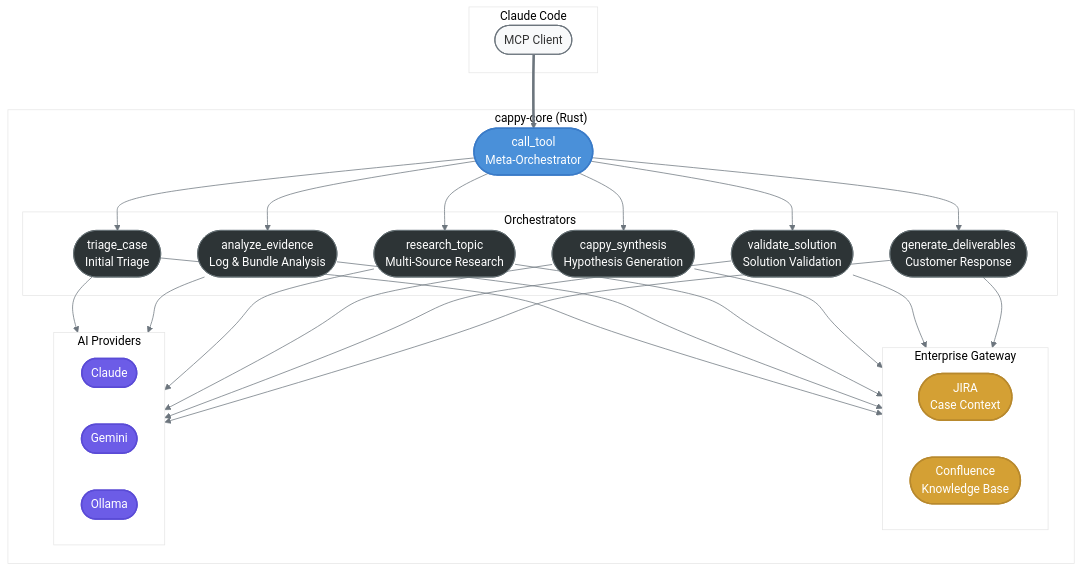
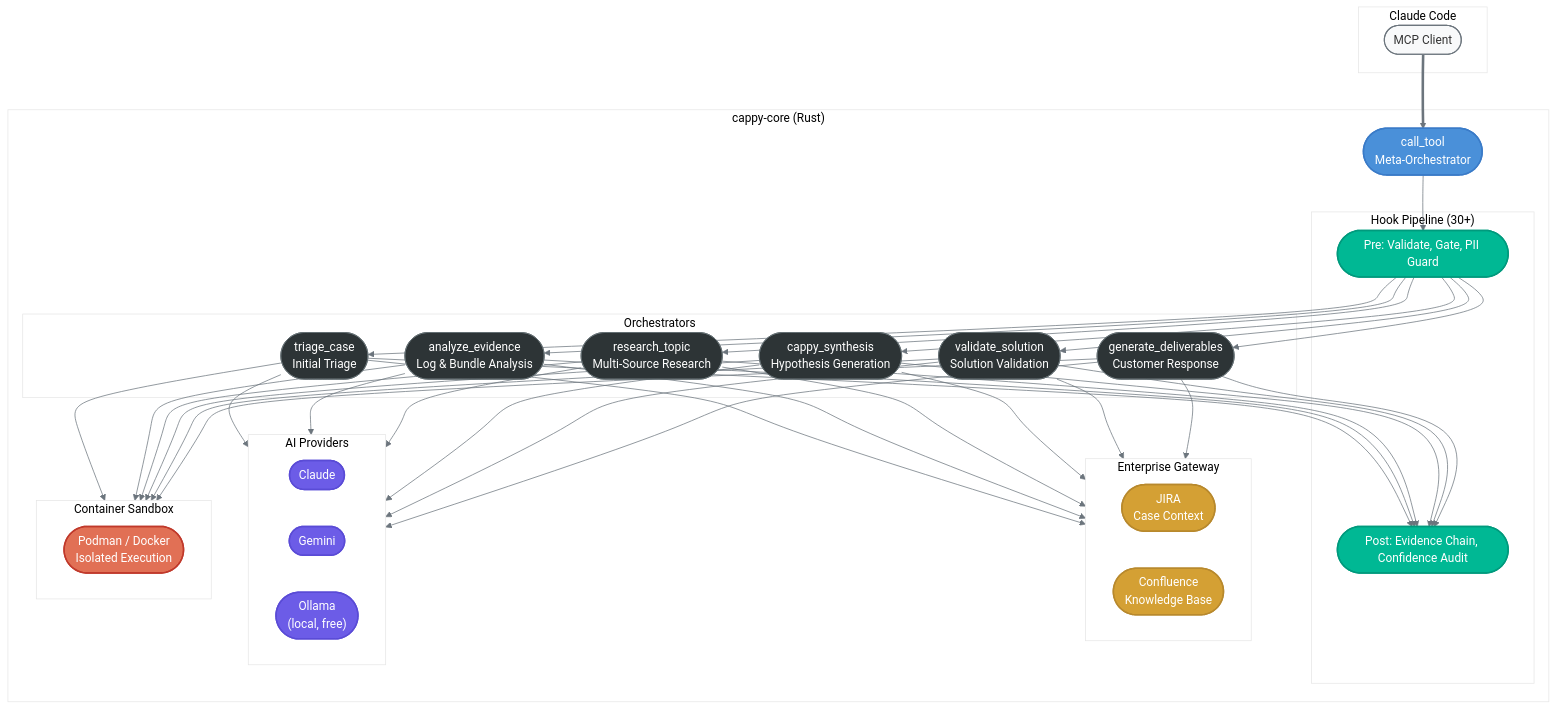
The first of 2 diagrams in README.md (theLightArchitect/CAPPY), drawn with Mermaid before and after one commit. The commit also changed other lines of this file and 57 other files, not shown here.

````diff
--- a/README.md
+++ b/README.md
@@ -21,49 +18,64 @@
 ```mermaid
 %%{init: {'theme': 'base', 'themeVariables': {'primaryColor': '#ffffff', 'lineColor': '#6c757d'}}}%%
 flowchart TD
     subgraph CLIENT ["Claude Code"]
         CC(["MCP Client"])
     end
 
     CC ==> CT
 
     subgraph CORE ["cappy-core (Rust)"]
         CT(["call_tool<br/>Meta-Orchestrator"])
 
         subgraph ORCH ["Orchestrators"]
             T(["triage_case<br/>Initial Triage"])
             A(["analyze_evidence<br/>Log & Bundle Analysis"])
             R(["research_topic<br/>Multi-Source Research"])
             S(["cappy_synthesis<br/>Hypothesis Generation"])
             V(["validate_solution<br/>Solution Validation"])
             G(["generate_deliverables<br/>Customer Response"])
         end
 
+        subgraph HOOKS ["Hook Pipeline (30+)"]
+            H1(["Pre: Validate, Gate, PII Guard"])
+            H2(["Post: Evidence Chain, Confidence Audit"])
+        end
+
         subgraph GW ["Enterprise Gateway"]
             J(["JIRA<br/>Case Context"])
             C(["Confluence<br/>Knowledge Base"])
         end
 
         subgraph AI ["AI Providers"]
             CL(["Claude"])
             GE(["Gemini"])
-            OL(["Ollama"])
+            OL(["Ollama<br/>(local, free)"])
         end
 
-        CT --> T & A & R & S & V & G
+        subgraph SB ["Container Sandbox"]
+            POD(["Podman / Docker<br/>Isolated Execution"])
+        end
+
+        CT --> H1 --> T & A & R & S & V & G
+        T & A & R & S & V & G --> H2
         T & A & R & S & V & G --> GW
         T & A & R & S & V & G --> AI
+        T & A & R & S & V & G --> SB
     end
 
     classDef client fill:#f8f9fa,color:#333,stroke:#6c757d,stroke-width:1.5px
     classDef meta fill:#4a90d9,color:#fff,stroke:#3a7bc8,stroke-width:2px
     classDef orch fill:#2d3436,color:#fff,stroke:#636e72,stroke-width:1px
     classDef gateway fill:#d4a034,color:#fff,stroke:#b8892d,stroke-width:2px
     classDef ai fill:#6c5ce7,color:#fff,stroke:#5a4bd6,stroke-width:2px
+    classDef hooks fill:#00b894,color:#fff,stroke:#009a7d,stroke-width:2px
+    classDef sandbox fill:#e17055,color:#fff,stroke:#c0392b,stroke-width:2px
 
     class CC client
     class CT meta
     class T,A,R,S,V,G orch
     class J,C gateway
     class CL,GE,OL ai
+    class H1,H2 hooks
+    class POD sandbox
 ```
````
